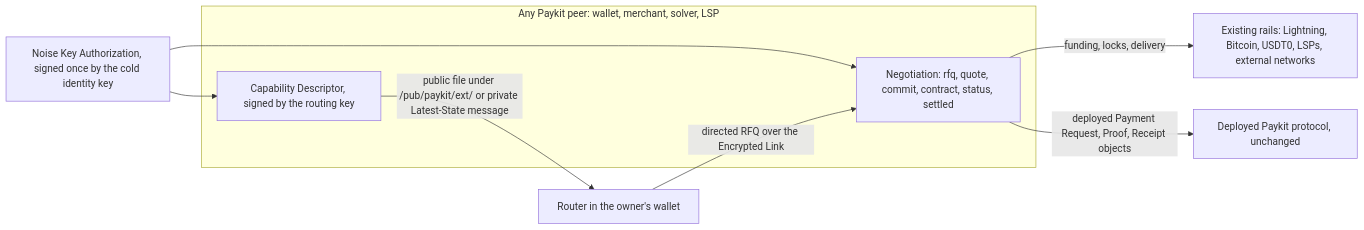
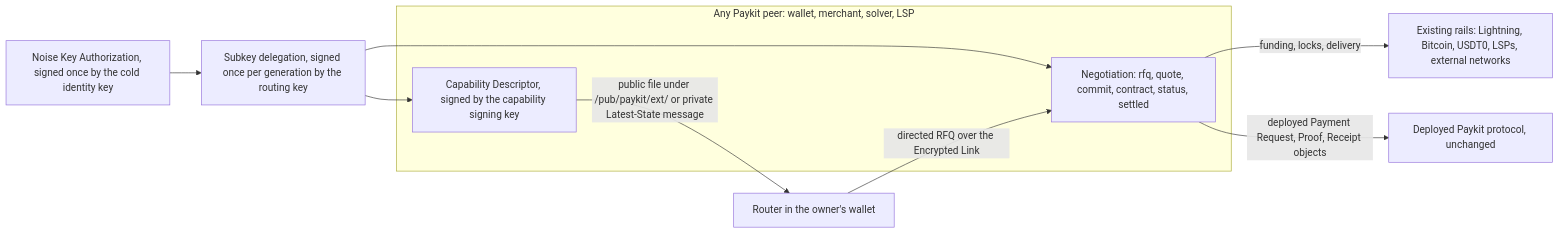
Before and after one commit to BitcoinErrorLog/paykit-server: the first of 2 diagrams in docs/paykit-capabilities.md, drawn with Mermaid. The commit also changed other lines of this file, not shown here.

First line of the commit message:
docs: Paykit Capabilities subkey signing, liveness and swap/1 alignment

````diff
--- a/docs/paykit-capabilities.md
+++ b/docs/paykit-capabilities.md
@@ -70,13 +73,14 @@
 ```mermaid
 flowchart LR
     subgraph Peer[Any Paykit peer: wallet, merchant, solver, LSP]
-        D[Capability Descriptor, signed by the routing key]
+        D[Capability Descriptor, signed by the capability signing key]
         N[Negotiation: rfq, quote, commit, contract, status, settled]
     end
-    AUTH[Noise Key Authorization, signed once by the cold identity key] --> D
-    AUTH --> N
+    AUTH[Noise Key Authorization, signed once by the cold identity key] --> DEL[Subkey delegation, signed once per generation by the routing key]
+    DEL --> D
+    DEL --> N
     D -->|public file under /pub/paykit/ext/ or private Latest-State message| R[Router in the owner's wallet]
     R -->|directed RFQ over the Encrypted Link| N
     N -->|funding, locks, delivery| RAILS[Existing rails: Lightning, Bitcoin, USDT0, LSPs, external networks]
     N -->|deployed Payment Request, Proof, Receipt objects| PK[Deployed Paykit protocol, unchanged]
 ```
````
